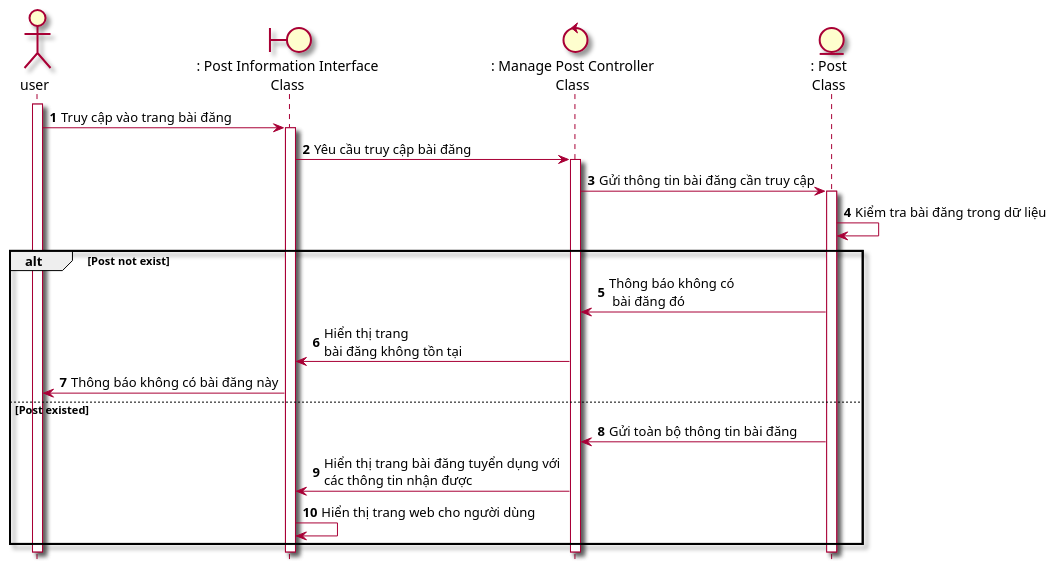
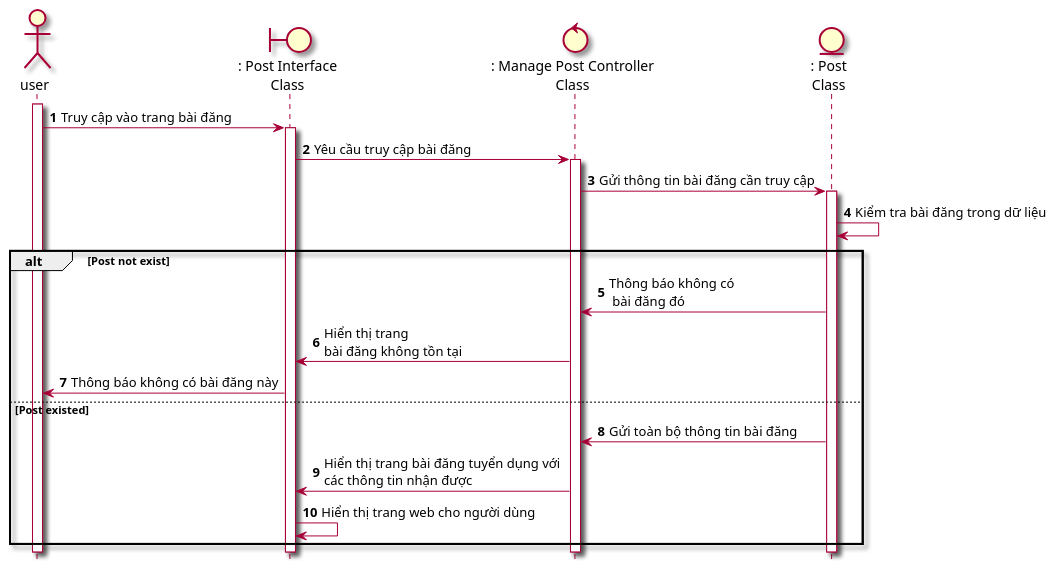
One commit to Griselda4774/EAS-EmploymentAssistanceSystem changed the diagram in Lab1/Lab 1.2 Diagram/Sequence/FilePUML/2.2 SeqTruyCapBaiDang.puml. Above: the diagram before and after it, drawn with PlantUML. The commit also changed 13 other files, not shown here.

```diff
--- a/Lab1/Lab 1.2 Diagram/Sequence/FilePUML/2.2 SeqTruyCapBaiDang.puml
+++ b/Lab1/Lab 1.2 Diagram/Sequence/FilePUML/2.2 SeqTruyCapBaiDang.puml
@@ -1,24 +1,24 @@
 @startuml SeqTruyCapBaiDang
 skin rose
 hide footbox
 
 actor user
-boundary postInformatinoInterface as ": Post Information Interface\nClass"
+boundary postInterface as ": Post Interface\nClass"
 control managePostController as ": Manage Post Controller\nClass"
 entity Post as ": Post\nClass"
 autonumber 
 user++
-user -> postInformatinoInterface++: Truy cập vào trang bài đăng
-postInformatinoInterface-> managePostController++: Yêu cầu truy cập bài đăng
+user -> postInterface++: Truy cập vào trang bài đăng
+postInterface-> managePostController++: Yêu cầu truy cập bài đăng
 managePostController -> Post++:Gửi thông tin bài đăng cần truy cập
 Post -> Post: Kiểm tra bài đăng trong dữ liệu
 alt Post not exist
     Post-> managePostController: Thông báo không có\n bài đăng đó
-    managePostController -> postInformatinoInterface: Hiển thị trang \nbài đăng không tồn tại 
-    postInformatinoInterface -> user: Thông báo không có bài đăng này
+    managePostController -> postInterface: Hiển thị trang \nbài đăng không tồn tại 
+    postInterface -> user: Thông báo không có bài đăng này
 else Post existed
     Post-> managePostController: Gửi toàn bộ thông tin bài đăng
-    managePostController -> postInformatinoInterface: Hiển thị trang bài đăng tuyển dụng với \ncác thông tin nhận được
-    postInformatinoInterface -> postInformatinoInterface: Hiển thị trang web cho người dùng
+    managePostController -> postInterface: Hiển thị trang bài đăng tuyển dụng với \ncác thông tin nhận được
+    postInterface -> postInterface: Hiển thị trang web cho người dùng
 end
 @enduml
```
